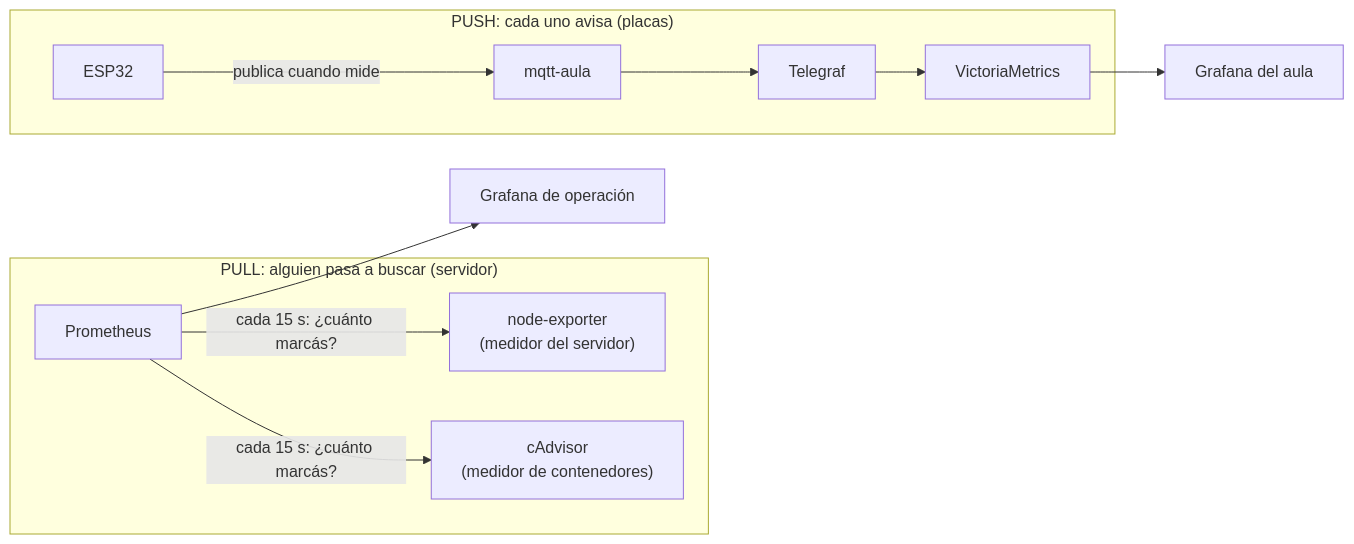
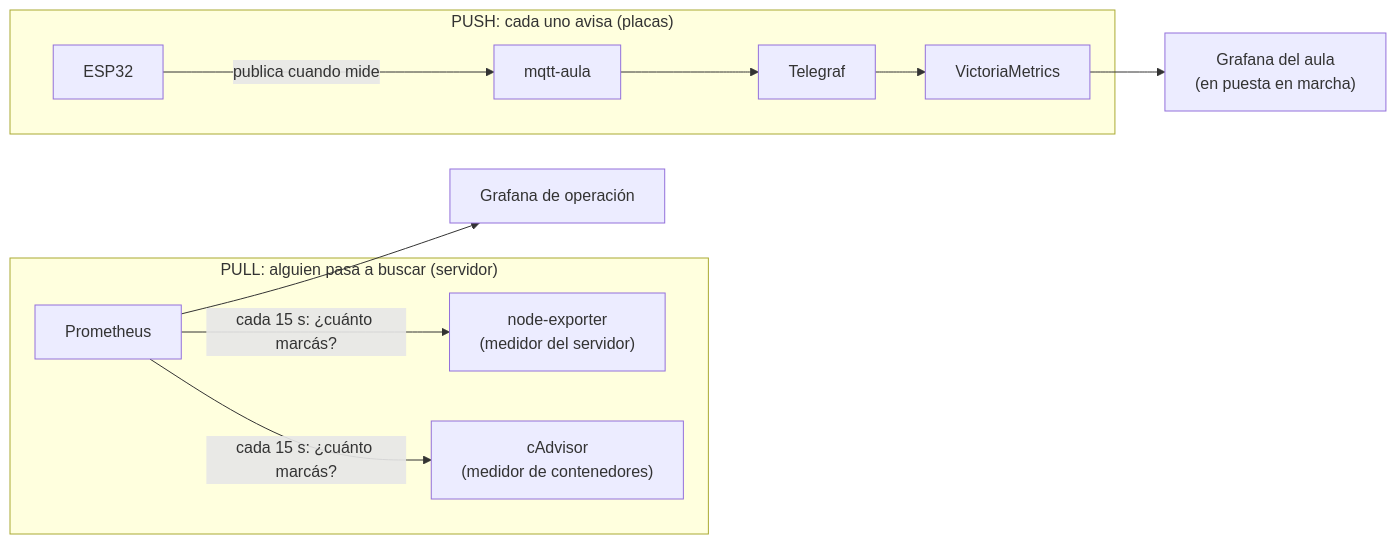
Before and after one commit to resourceldg/homelab: the diagram in docs/handbook/06-observabilidad.md, drawn with Mermaid. The commit also changed other lines of this file and 18 other files, not shown here.

````diff
--- a/docs/handbook/06-observabilidad.md
+++ b/docs/handbook/06-observabilidad.md
@@ -52,15 +52,15 @@
 ```mermaid
 flowchart LR
   subgraph PULL["PULL: alguien pasa a buscar (servidor)"]
     ne["node-exporter<br/>(medidor del servidor)"]
     cad["cAdvisor<br/>(medidor de contenedores)"]
     prom["Prometheus"]
     prom -- "cada 15 s: ¿cuánto marcás?" --> ne & cad
   end
   subgraph PUSH["PUSH: cada uno avisa (placas)"]
     esp["ESP32"] -- "publica cuando mide" --> mqtt["mqtt-aula"]
     mqtt --> tel["Telegraf"] --> vm["VictoriaMetrics"]
   end
   prom --> g1["Grafana de operación"]
-  vm --> g2["Grafana del aula"]
+  vm --> g2["Grafana del aula<br/>(en puesta en marcha)"]
 ```
````
